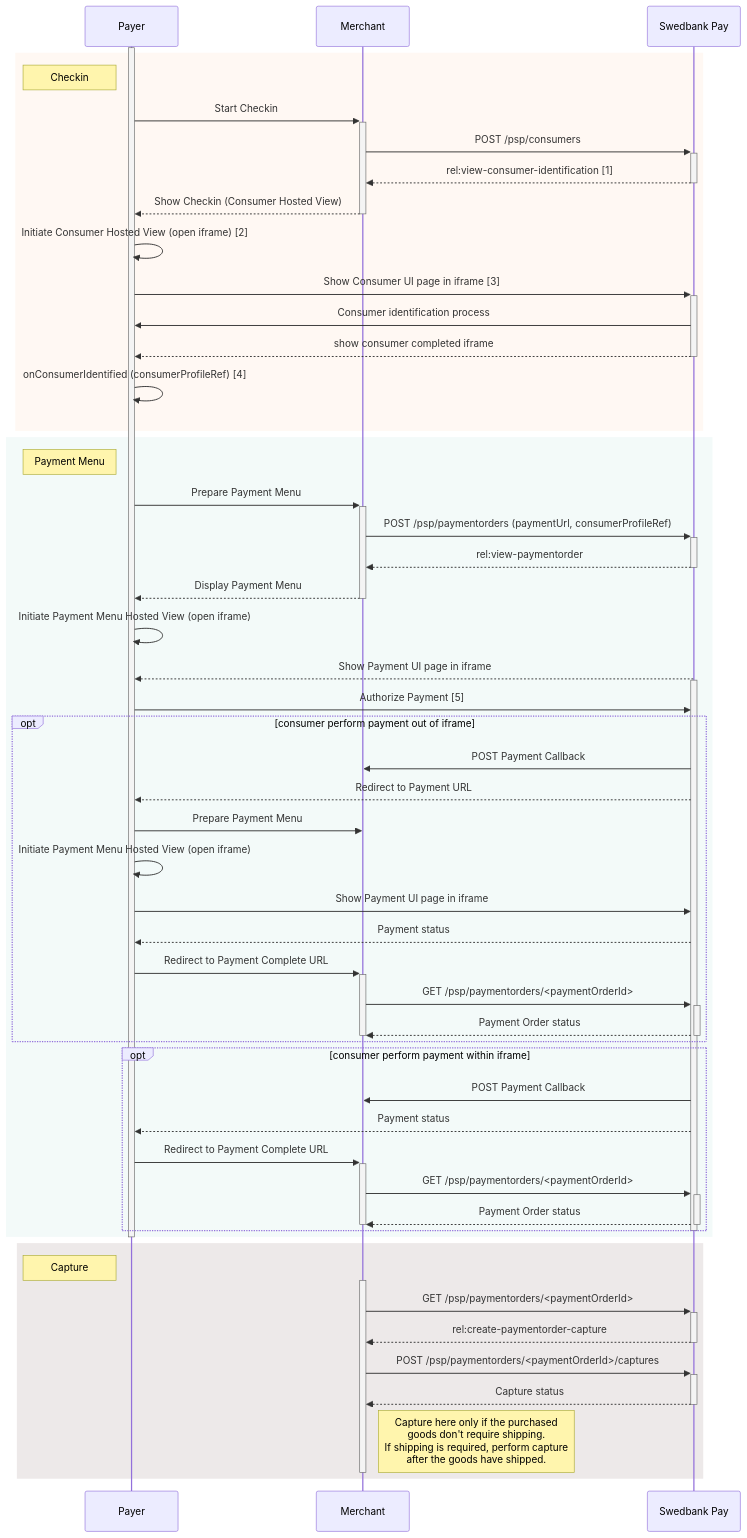
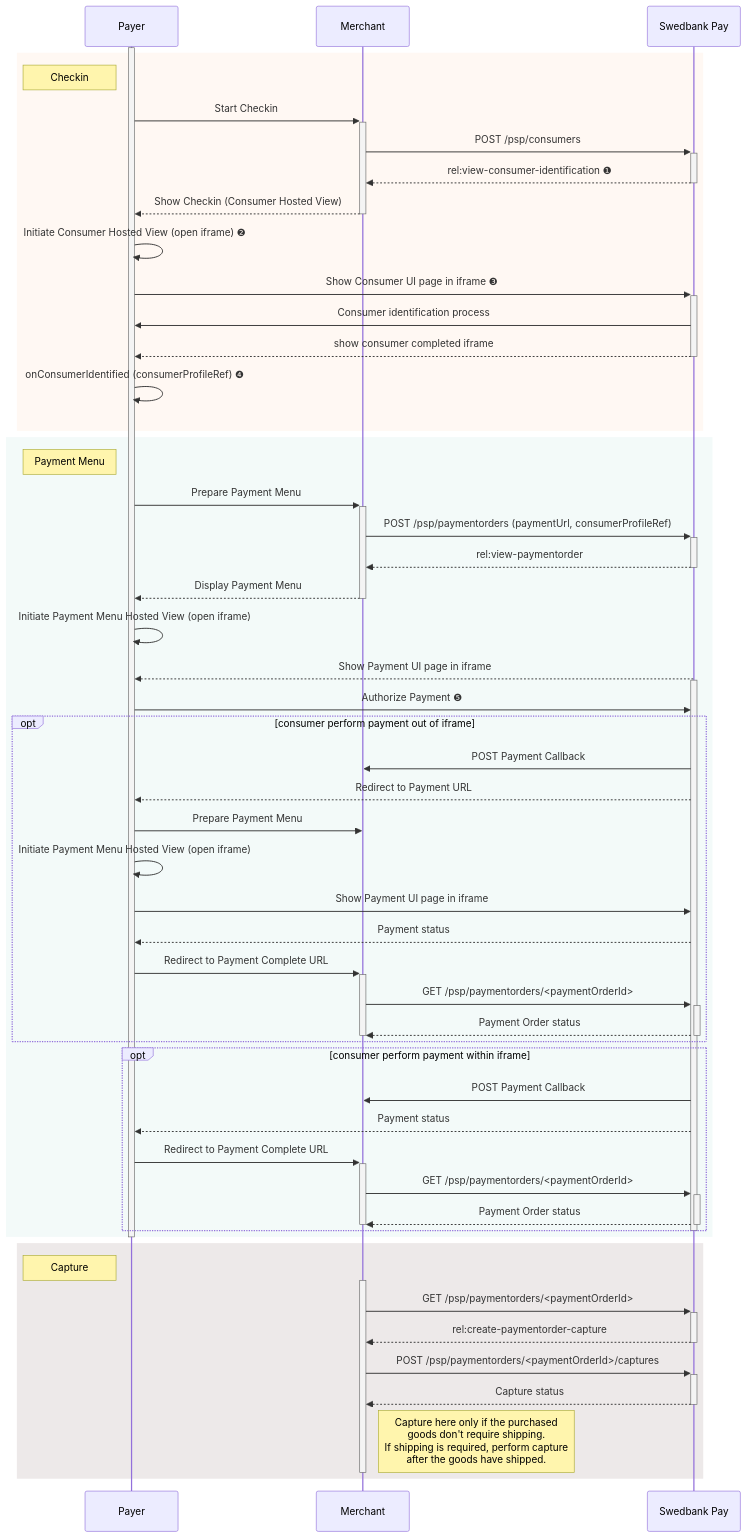
The diagram in checkout/index.md (SwedbankPay/developer.swedbankpay.com), drawn with Mermaid before and after one commit. The commit also changed other lines of this file, not shown here.

````diff
--- a/checkout/index.md
+++ b/checkout/index.md
@@ -61,67 +61,67 @@
 ```mermaid
 sequenceDiagram
     participant Payer
     participant Merchant
     participant SwedbankPay as Swedbank Pay
 
     activate Payer
         rect rgba(238, 112, 35, 0.05)
             note left of Payer: Checkin
 
             Payer ->>+ Merchant: Start Checkin
                 Merchant ->>+ SwedbankPay: POST /psp/consumers
-                    SwedbankPay -->>- Merchant: rel:view-consumer-identification [1]
+                    SwedbankPay -->>- Merchant: rel:view-consumer-identification ❶
                 Merchant -->>- Payer: Show Checkin (Consumer Hosted View)
 
-            Payer ->> Payer: Initiate Consumer Hosted View (open iframe) [2]
-            Payer ->>+ SwedbankPay: Show Consumer UI page in iframe [3]
+            Payer ->> Payer: Initiate Consumer Hosted View (open iframe) ❷
+            Payer ->>+ SwedbankPay: Show Consumer UI page in iframe ❸
                 SwedbankPay ->> Payer: Consumer identification process
                 SwedbankPay -->>- Payer: show consumer completed iframe
-            Payer ->> Payer: onConsumerIdentified (consumerProfileRef) [4]
+            Payer ->> Payer: onConsumerIdentified (consumerProfileRef) ❹
         end
 
         rect rgba(138,205,195,0.1)
             note left of Payer: Payment Menu
             Payer ->>+ Merchant: Prepare Payment Menu
                 Merchant ->>+ SwedbankPay: POST /psp/paymentorders (paymentUrl, consumerProfileRef)
                     SwedbankPay -->>- Merchant: rel:view-paymentorder
                 Merchant -->>- Payer: Display Payment Menu
             Payer ->> Payer: Initiate Payment Menu Hosted View (open iframe)
             SwedbankPay -->> Payer: Show Payment UI page in iframe
             activate SwedbankPay
-                Payer ->> SwedbankPay: Authorize Payment [5]
+                Payer ->> SwedbankPay: Authorize Payment ❺
                 opt consumer perform payment out of iframe
                     SwedbankPay ->> Merchant: POST Payment Callback
                     SwedbankPay -->> Payer: Redirect to Payment URL
                     Payer ->> Merchant: Prepare Payment Menu
                     Payer ->> Payer: Initiate Payment Menu Hosted View (open iframe)
                     Payer ->> SwedbankPay: Show Payment UI page in iframe
                     SwedbankPay -->> Payer: Payment status
                     Payer ->>+ Merchant: Redirect to Payment Complete URL
                         Merchant ->>+ SwedbankPay: GET /psp/paymentorders/<paymentOrderId>
                             SwedbankPay -->>- Merchant: Payment Order status
                     deactivate Merchant
                 end
                 opt consumer perform payment within iframe
                     SwedbankPay ->> Merchant: POST Payment Callback
                     SwedbankPay -->> Payer: Payment status
                     Payer ->>+ Merchant: Redirect to Payment Complete URL
                         Merchant ->>+ SwedbankPay: GET /psp/paymentorders/<paymentOrderId>
                             SwedbankPay -->>- Merchant: Payment Order status
                     deactivate Merchant
                 end
             deactivate SwedbankPay
         end
     deactivate Payer
 
     rect rgba(81,43,43,0.1)
         note left of Payer: Capture
         activate Merchant
             Merchant ->>+ SwedbankPay: GET /psp/paymentorders/<paymentOrderId>
                 SwedbankPay -->>- Merchant: rel:create-paymentorder-capture
             Merchant ->>+ SwedbankPay: POST /psp/paymentorders/<paymentOrderId>/captures
                 SwedbankPay -->>- Merchant: Capture status
             note right of Merchant: Capture here only if the purchased<br/>goods don't require shipping.<br/>If shipping is required, perform capture<br/>after the goods have shipped.
         deactivate Merchant
     end
 ```
````
